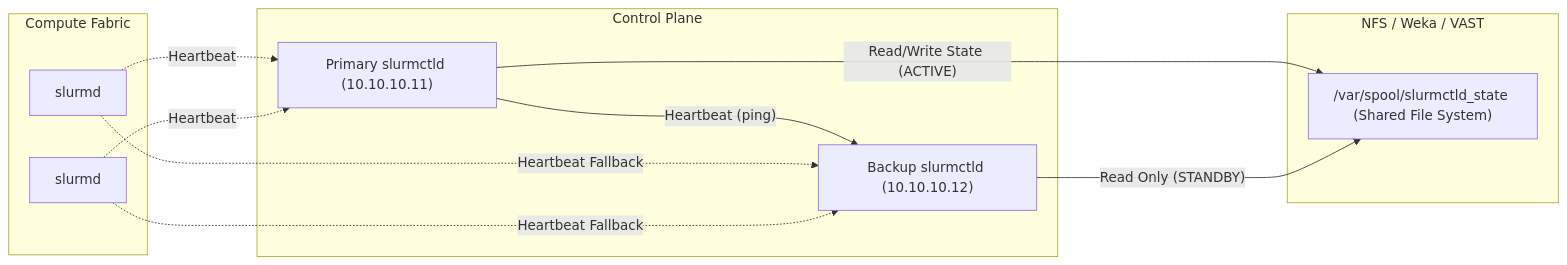
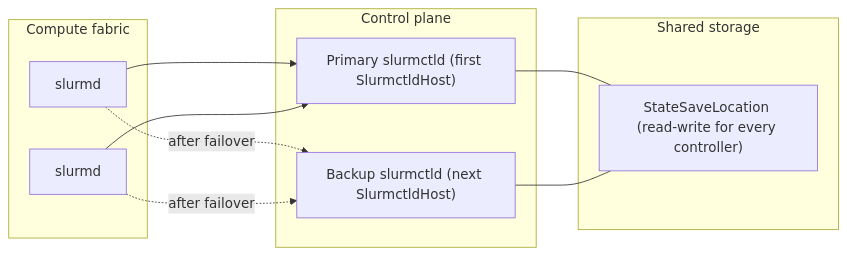
The second of 4 diagrams in docs/volume-10/06-slurm-administration-ha-accounting-and-upgrades.md (jithinpnjm/nvidia-devops), drawn with Mermaid before and after one commit. The commit also changed other lines of this file and 21 other files, not shown here.

````diff
--- a/docs/volume-10/06-slurm-administration-ha-accounting-and-upgrades.md
+++ b/docs/volume-10/06-slurm-administration-ha-accounting-and-upgrades.md
@@ -259,28 +259,23 @@
 ```mermaid
 flowchart LR
-    subgraph StorageLayer["NFS / Weka / VAST"]
-        StateSaveLocation["/var/spool/slurmctld_state (Shared File System)"]
+    subgraph StorageLayer["Shared storage"]
+        StateSaveLocation["StateSaveLocation (read-write for every controller)"]
     end
-    
-    subgraph ControllerFabric["Control Plane"]
-        CTL1["Primary slurmctld (10.10.10.11)"] 
-        
-        CTL2["Backup slurmctld (10.10.10.12)"]
+
+    subgraph ControllerFabric["Control plane"]
+        CTL1["Primary slurmctld (first SlurmctldHost)"]
+        CTL2["Backup slurmctld (next SlurmctldHost)"]
     end
-    
-    subgraph ComputeNodes["Compute Fabric"]
+
+    subgraph ComputeNodes["Compute fabric"]
         N1["slurmd"]
         N2["slurmd"]
     end
-    
-    CTL1 -- "Read/Write State (ACTIVE)" ---> StateSaveLocation
-    CTL2 -- "Read Only (STANDBY)" ---> StateSaveLocation
-    
-    CTL1 -- "Heartbeat (ping)" ---> CTL2
-    
-    N1 -. "Heartbeat" .-> CTL1
-    N2 -. "Heartbeat" .-> CTL1
-    
-    N1 -. "Heartbeat Fallback" .-> CTL2
-    N2 -. "Heartbeat Fallback" .-> CTL2
+
+    CTL1 --- StateSaveLocation
+    CTL2 --- StateSaveLocation
+    N1 --> CTL1
+    N2 --> CTL1
+    N1 -. "after failover" .-> CTL2
+    N2 -. "after failover" .-> CTL2
 ```
````
